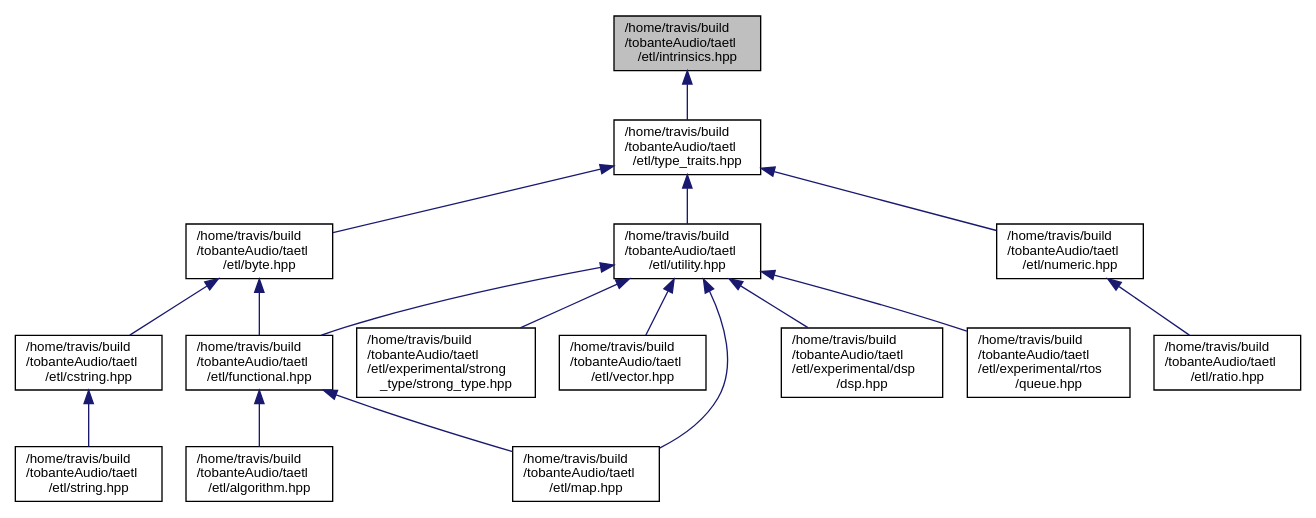
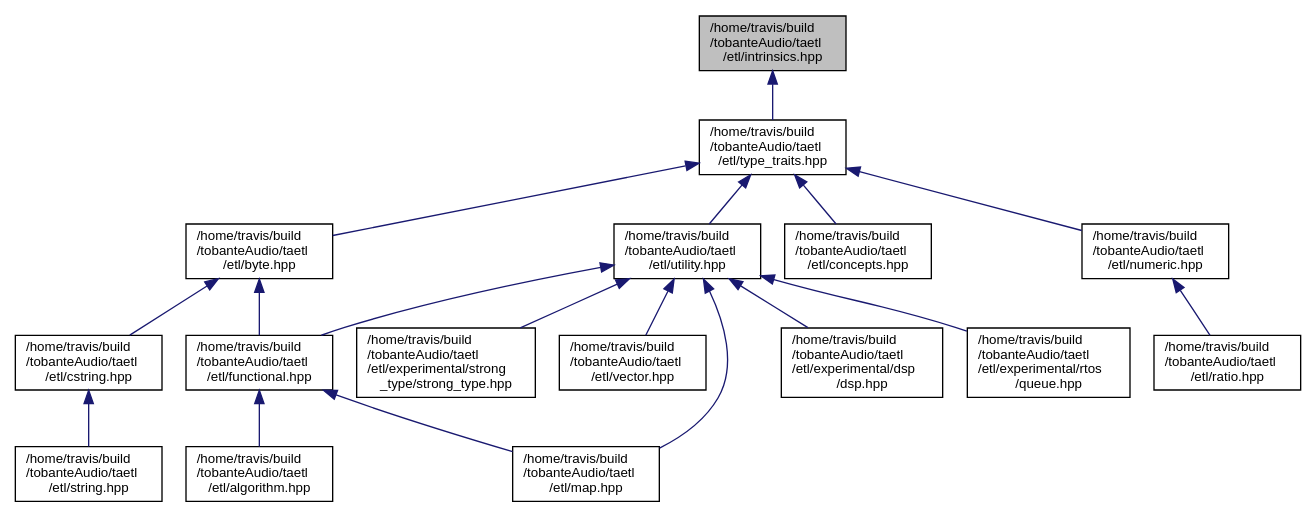
Before and after one commit to tobanteAudio/taetl: the diagram in intrinsics_8hpp__dep__incl.dot, drawn with Graphviz. The commit also changed 15 other files, not shown here.

Commit message:
Deploy tobanteAudio/taetl to github.com/tobanteAudio/taetl.git:gh-pages

```diff
--- a/intrinsics_8hpp__dep__incl.dot
+++ b/intrinsics_8hpp__dep__incl.dot
@@ -1,36 +1,38 @@
 digraph "/home/travis/build/tobanteAudio/taetl/etl/intrinsics.hpp"
 {
   edge [fontname="Helvetica",fontsize="10",labelfontname="Helvetica",labelfontsize="10"];
   node [fontname="Helvetica",fontsize="10",shape=record];
   Node1 [label="/home/travis/build\l/tobanteAudio/taetl\l/etl/intrinsics.hpp",height=0.2,width=0.4,color="black", fillcolor="grey75", style="filled", fontcolor="black"];
   Node1 -> Node2 [dir="back",color="midnightblue",fontsize="10",style="solid",fontname="Helvetica"];
   Node2 [label="/home/travis/build\l/tobanteAudio/taetl\l/etl/type_traits.hpp",height=0.2,width=0.4,color="black", fillcolor="white", style="filled",URL="$type__traits_8hpp.html"];
   Node2 -> Node3 [dir="back",color="midnightblue",fontsize="10",style="solid",fontname="Helvetica"];
   Node3 [label="/home/travis/build\l/tobanteAudio/taetl\l/etl/byte.hpp",height=0.2,width=0.4,color="black", fillcolor="white", style="filled",URL="$byte_8hpp.html"];
   Node3 -> Node4 [dir="back",color="midnightblue",fontsize="10",style="solid",fontname="Helvetica"];
   Node4 [label="/home/travis/build\l/tobanteAudio/taetl\l/etl/functional.hpp",height=0.2,width=0.4,color="black", fillcolor="white", style="filled",URL="$functional_8hpp.html"];
   Node4 -> Node5 [dir="back",color="midnightblue",fontsize="10",style="solid",fontname="Helvetica"];
   Node5 [label="/home/travis/build\l/tobanteAudio/taetl\l/etl/algorithm.hpp",height=0.2,width=0.4,color="black", fillcolor="white", style="filled",URL="$algorithm_8hpp.html"];
   Node4 -> Node6 [dir="back",color="midnightblue",fontsize="10",style="solid",fontname="Helvetica"];
   Node6 [label="/home/travis/build\l/tobanteAudio/taetl\l/etl/map.hpp",height=0.2,width=0.4,color="black", fillcolor="white", style="filled",URL="$map_8hpp.html"];
   Node3 -> Node7 [dir="back",color="midnightblue",fontsize="10",style="solid",fontname="Helvetica"];
   Node7 [label="/home/travis/build\l/tobanteAudio/taetl\l/etl/cstring.hpp",height=0.2,width=0.4,color="black", fillcolor="white", style="filled",URL="$cstring_8hpp.html"];
   Node7 -> Node8 [dir="back",color="midnightblue",fontsize="10",style="solid",fontname="Helvetica"];
   Node8 [label="/home/travis/build\l/tobanteAudio/taetl\l/etl/string.hpp",height=0.2,width=0.4,color="black", fillcolor="white", style="filled",URL="$string_8hpp.html"];
   Node2 -> Node9 [dir="back",color="midnightblue",fontsize="10",style="solid",fontname="Helvetica"];
   Node9 [label="/home/travis/build\l/tobanteAudio/taetl\l/etl/utility.hpp",height=0.2,width=0.4,color="black", fillcolor="white", style="filled",URL="$utility_8hpp.html"];
   Node9 -> Node4 [dir="back",color="midnightblue",fontsize="10",style="solid",fontname="Helvetica"];
   Node9 -> Node10 [dir="back",color="midnightblue",fontsize="10",style="solid",fontname="Helvetica"];
   Node10 [label="/home/travis/build\l/tobanteAudio/taetl\l/etl/experimental/dsp\l/dsp.hpp",height=0.2,width=0.4,color="black", fillcolor="white", style="filled",URL="$dsp_8hpp.html"];
   Node9 -> Node11 [dir="back",color="midnightblue",fontsize="10",style="solid",fontname="Helvetica"];
   Node11 [label="/home/travis/build\l/tobanteAudio/taetl\l/etl/experimental/rtos\l/queue.hpp",height=0.2,width=0.4,color="black", fillcolor="white", style="filled",URL="$queue_8hpp.html"];
   Node9 -> Node12 [dir="back",color="midnightblue",fontsize="10",style="solid",fontname="Helvetica"];
   Node12 [label="/home/travis/build\l/tobanteAudio/taetl\l/etl/experimental/strong\l_type/strong_type.hpp",height=0.2,width=0.4,color="black", fillcolor="white", style="filled",URL="$strong__type_8hpp.html"];
   Node9 -> Node6 [dir="back",color="midnightblue",fontsize="10",style="solid",fontname="Helvetica"];
   Node9 -> Node13 [dir="back",color="midnightblue",fontsize="10",style="solid",fontname="Helvetica"];
   Node13 [label="/home/travis/build\l/tobanteAudio/taetl\l/etl/vector.hpp",height=0.2,width=0.4,color="black", fillcolor="white", style="filled",URL="$vector_8hpp.html"];
   Node2 -> Node14 [dir="back",color="midnightblue",fontsize="10",style="solid",fontname="Helvetica"];
-  Node14 [label="/home/travis/build\l/tobanteAudio/taetl\l/etl/numeric.hpp",height=0.2,width=0.4,color="black", fillcolor="white", style="filled",URL="$numeric_8hpp.html"];
-  Node14 -> Node15 [dir="back",color="midnightblue",fontsize="10",style="solid",fontname="Helvetica"];
-  Node15 [label="/home/travis/build\l/tobanteAudio/taetl\l/etl/ratio.hpp",height=0.2,width=0.4,color="black", fillcolor="white", style="filled",URL="$ratio_8hpp.html"];
+  Node14 [label="/home/travis/build\l/tobanteAudio/taetl\l/etl/concepts.hpp",height=0.2,width=0.4,color="black", fillcolor="white", style="filled",URL="$concepts_8hpp.html"];
+  Node2 -> Node15 [dir="back",color="midnightblue",fontsize="10",style="solid",fontname="Helvetica"];
+  Node15 [label="/home/travis/build\l/tobanteAudio/taetl\l/etl/numeric.hpp",height=0.2,width=0.4,color="black", fillcolor="white", style="filled",URL="$numeric_8hpp.html"];
+  Node15 -> Node16 [dir="back",color="midnightblue",fontsize="10",style="solid",fontname="Helvetica"];
+  Node16 [label="/home/travis/build\l/tobanteAudio/taetl\l/etl/ratio.hpp",height=0.2,width=0.4,color="black", fillcolor="white", style="filled",URL="$ratio_8hpp.html"];
 }
```
